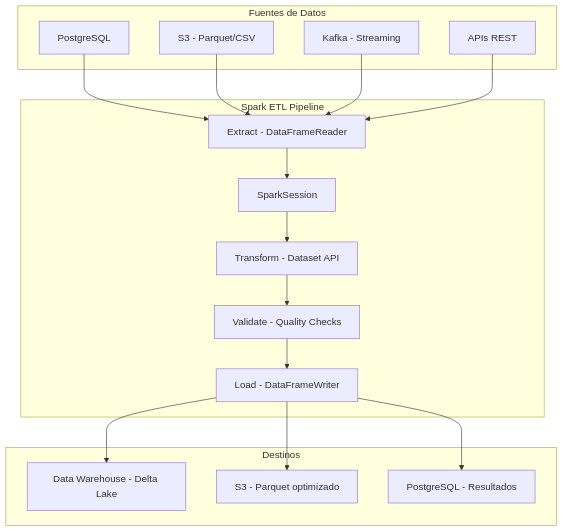
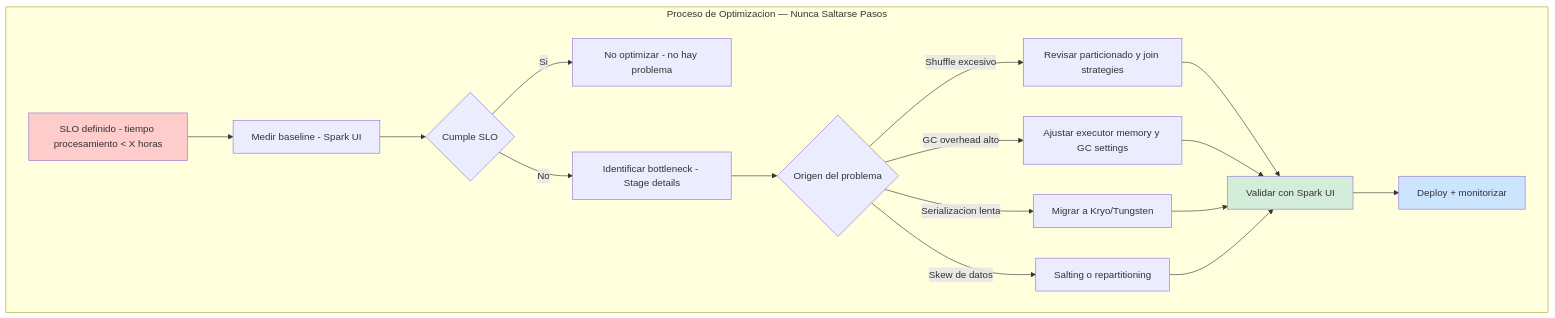
One commit to Joaquinriosheredia/DAM-Java-Mastery changed the first of 3 diagrams in 07_BigData_Streaming/bigdata_etl_apache_spark_y_java_21_STAFF.md. Above: the diagram before and after it, drawn with Mermaid. The commit also changed other lines of this file, not shown here.

Commit message:
bigdata_etl_apache_spark_y_java_21_STAFF.md

````diff
--- a/07_BigData_Streaming/bigdata_etl_apache_spark_y_java_21_STAFF.md
+++ b/07_BigData_Streaming/bigdata_etl_apache_spark_y_java_21_STAFF.md
@@ -29,32 +76,23 @@
 ```mermaid
 graph TD
-    subgraph Fuentes de Datos
-        A[PostgreSQL]
-        B[S3 - Parquet/CSV]
-        C[Kafka - Streaming]
-        D[APIs REST]
+    subgraph "Proceso de Optimizacion — Nunca Saltarse Pasos"
+        A[SLO definido - tiempo procesamiento < X horas] --> B[Medir baseline - Spark UI]
+        B --> C{Cumple SLO}
+        C -->|Si| D[No optimizar - no hay problema]
+        C -->|No| E[Identificar bottleneck - Stage details]
+        E --> F{Origen del problema}
+        F -->|Shuffle excesivo| G[Revisar particionado y join strategies]
+        F -->|GC overhead alto| H[Ajustar executor memory y GC settings]
+        F -->|Serializacion lenta| I[Migrar a Kryo/Tungsten]
+        F -->|Skew de datos| J[Salting o repartitioning]
+        G --> K[Validar con Spark UI]
+        H --> K
+        I --> K
+        J --> K
+        K --> L[Deploy + monitorizar]
     end
-    subgraph Spark ETL Pipeline
-        E[SparkSession]
-        F[Extract - DataFrameReader]
-        G[Transform - Dataset API]
-        H[Validate - Quality Checks]
-        I[Load - DataFrameWriter]
-    end
-    subgraph Destinos
-        J[Data Warehouse - Delta Lake]
-        K[S3 - Parquet optimizado]
-        L[PostgreSQL - Resultados]
-    end
-    A --> F
-    B --> F
-    C --> F
-    D --> F
-    F --> E
-    E --> G
-    G --> H
-    H --> I
-    I --> J
-    I --> K
-    I --> L
+    
+    style A fill:#ffcccc
+    style K fill:#d4edda
+    style L fill:#cce5ff
 ```
````
